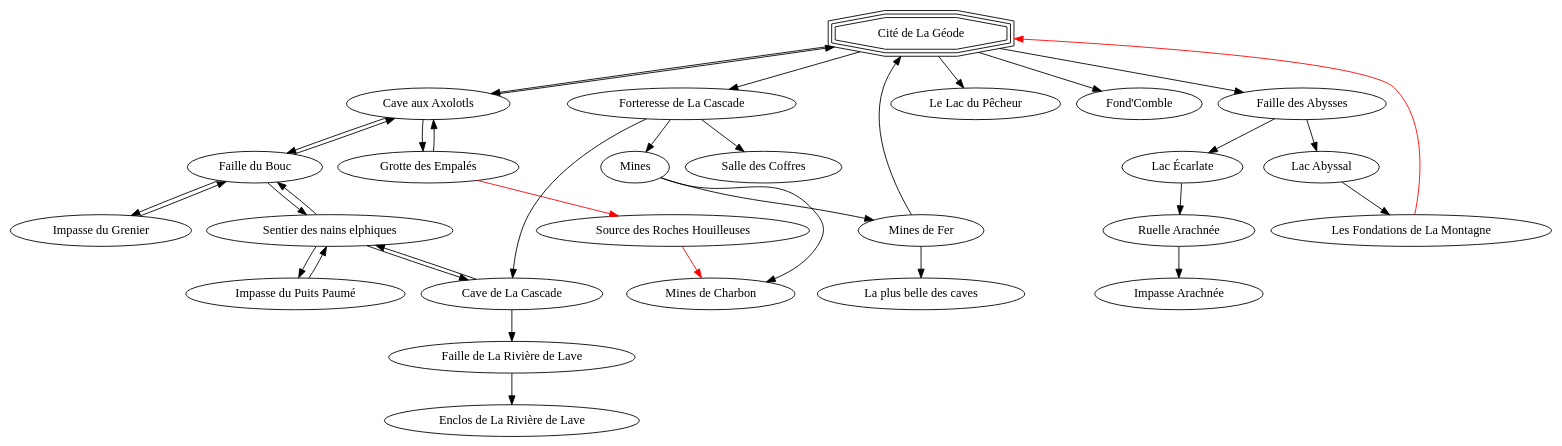
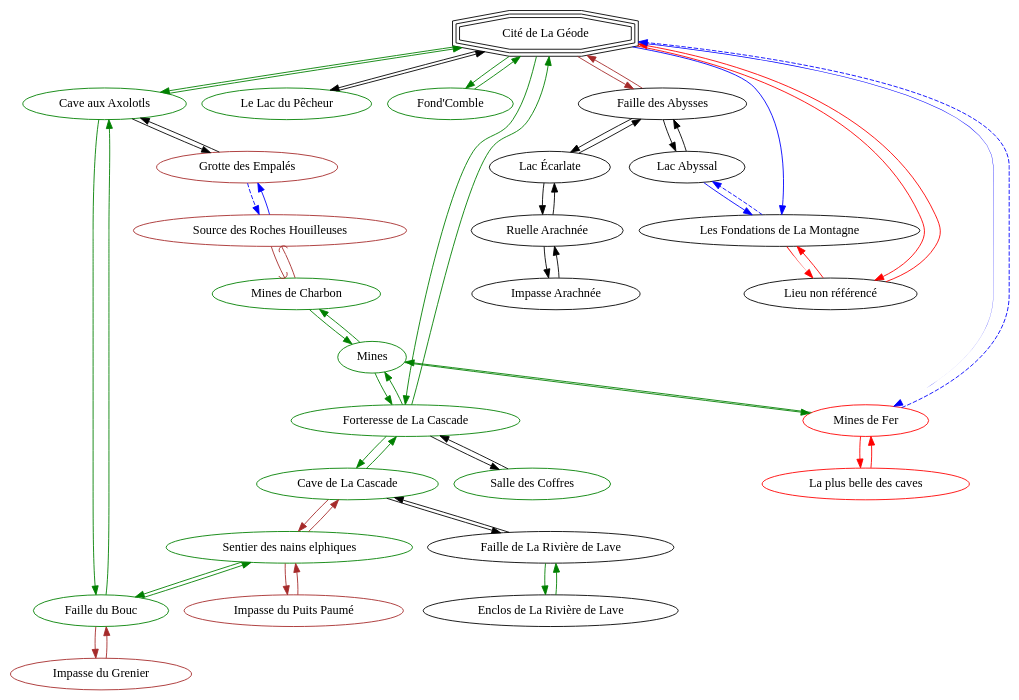
One commit to ChampomyMC/graphe changed the diagram in src/oriente-cite.dot. Above: the diagram before and after it, drawn with Graphviz.

Commit message:
Checkpoint

```diff
--- a/src/oriente-cite.dot
+++ b/src/oriente-cite.dot
@@ -1,51 +1,118 @@
+//Légende
+//Noir = Pas besoin d'aménagement
+//Vert = Aménagé
+//Rouge = Technique, à aménager
+//Bleu = Chute d'eau en descente
+//Bleu en pointillés = Chute d'eau en montée
+//Maron = Technique, ne seras pas aménagé
+//Maron tête courbée vers le corps = Technique, demande de casser et placer des blocs
 digraph {
     overlap = false;
     "Cité de La Géode" [shape=tripleoctagon]
 
-    "Cave de La Cascade" -> "Sentier des nains elphiques"
-    "Sentier des nains elphiques" -> "Cave de La Cascade"
+    "Cave de La Cascade" [color=green]
+    "Cave de La Cascade" -> "Sentier des nains elphiques" [color=brown]
+    "Sentier des nains elphiques" -> "Cave de La Cascade" [color=brown]
+    "Sentier des nains elphiques" [color=green]
 
-    "Sentier des nains elphiques" -> "Impasse du Puits Paumé"
-    "Impasse du Puits Paumé" -> "Sentier des nains elphiques"
+    "Impasse du Puits Paumé" [color=brown]
+    "Sentier des nains elphiques" -> "Impasse du Puits Paumé" [color=brown]
+    "Impasse du Puits Paumé" -> "Sentier des nains elphiques" [color=brown]
 
-    "Sentier des nains elphiques" -> "Faille du Bouc"
-    "Faille du Bouc" -> "Sentier des nains elphiques"
+    "Sentier des nains elphiques" -> "Faille du Bouc" [color=green]
+    "Faille du Bouc" -> "Sentier des nains elphiques" [color=green]
+    "Faille du Bouc" [color=green]
 
-    "Faille du Bouc" -> "Impasse du Grenier"
-    "Impasse du Grenier" -> "Faille du Bouc"
+    "Faille du Bouc" -> "Impasse du Grenier" [color=brown]
+    "Impasse du Grenier" -> "Faille du Bouc" [color=brown]
+    "Impasse du Grenier" [color=brown]
 
-    "Faille du Bouc" -> "Cave aux Axolotls"
-    "Cave aux Axolotls" -> "Faille du Bouc"
-    //"Cave aux Axolotls" -> "Faille du Bouc"
+    "Faille du Bouc" -> "Cave aux Axolotls" [color=green]
+    "Cave aux Axolotls" -> "Faille du Bouc" [color=green]
+    //"Cave aux Axolotls" -> "Faille du Bouc" [color=brown]
+    "Cave aux Axolotls" [color=green]
 
-    "Cave aux Axolotls" -> "Cité de La Géode"
-    "Cité de La Géode" -> "Cave aux Axolotls"
+    "Cave aux Axolotls" -> "Cité de La Géode" [color=green]
+    "Cité de La Géode" -> "Cave aux Axolotls" [color=green]
 
     "Cave aux Axolotls" -> "Grotte des Empalés"
     "Grotte des Empalés" -> "Cave aux Axolotls"
+    "Grotte des Empalés" [color=brown]
 
     "Cité de La Géode" -> "Le Lac du Pêcheur"
-    "Cité de La Géode" -> "Fond'Comble"
-    "Cité de La Géode" -> "Forteresse de La Cascade"
-    "Mines"
+    "Le Lac du Pêcheur" -> "Cité de La Géode"
+    "Le Lac du Pêcheur" [color=green]
+
+    "Cité de La Géode" -> "Fond'Comble" [color=green]
+    "Fond'Comble" -> "Cité de La Géode" [color=green]
+    "Fond'Comble" [color=green]
+
+    "Cité de La Géode" -> "Forteresse de La Cascade" [color=green]
+    "Forteresse de La Cascade" -> "Cité de La Géode" [color=green]
+    "Forteresse de La Cascade" [color=green]
+
     "Forteresse de La Cascade" -> "Salle des Coffres"
-    "Forteresse de La Cascade" -> "Mines"
-    "Forteresse de La Cascade" -> "Cave de La Cascade"
+    "Salle des Coffres" -> "Forteresse de La Cascade"
+    "Salle des Coffres" [color=green]
+
+    "Forteresse de La Cascade" -> "Mines" [color=green]
+    "Mines" -> "Forteresse de La Cascade" [color=green]
+    "Mines" [color=green]
+
+    "Forteresse de La Cascade" -> "Cave de La Cascade" [color=green]
+    "Cave de La Cascade" -> "Forteresse de La Cascade" [color=green]
+
     "Cave de La Cascade" -> "Faille de La Rivière de Lave"
-    "Faille de La Rivière de Lave" -> "Enclos de La Rivière de Lave"
+    "Faille de La Rivière de Lave" -> "Cave de La Cascade"
+
+    "Faille de La Rivière de Lave" -> "Enclos de La Rivière de Lave" [color=green]
+    "Enclos de La Rivière de Lave" -> "Faille de La Rivière de Lave" [color=green]
     
-    "Cité de La Géode" -> "Faille des Abysses"
+    "Cité de La Géode" -> "Faille des Abysses" [color=brown]
+    "Faille des Abysses" -> "Cité de La Géode" [color=brown]
+    "Faille des Abysses"
+
     "Faille des Abysses" -> "Lac Écarlate"
+    "Lac Écarlate" -> "Faille des Abysses"
+
     "Lac Écarlate" -> "Ruelle Arachnée"
+    "Ruelle Arachnée" -> "Lac Écarlate"
+
     "Ruelle Arachnée" -> "Impasse Arachnée"
+    "Impasse Arachnée" -> "Ruelle Arachnée"
     
     "Faille des Abysses" -> "Lac Abyssal"
-    "Lac Abyssal" -> "Les Fondations de La Montagne"
-    "Les Fondations de La Montagne" -> "Cité de La Géode" [color=red]
-    "Grotte des Empalés" -> "Source des Roches Houilleuses" [color=red]
-    "Source des Roches Houilleuses" -> "Mines de Charbon" [color=red]
-    "Mines" -> "Mines de Charbon"
-    "Mines" -> "Mines de Fer"
-    "Mines de Fer" -> "La plus belle des caves"
-    "Mines de Fer" -> "Cité de La Géode"
+    "Lac Abyssal" -> "Faille des Abysses"
+
+    "Lac Abyssal" -> "Les Fondations de La Montagne"[color=blue]
+    "Les Fondations de La Montagne" -> "Lac Abyssal" [color=blue style=dashed]
+
+    "Les Fondations de La Montagne" -> "Lieu non référencé" [color=red style=tapered]
+    "Lieu non référencé" -> "Cité de La Géode" [color=red]
+    "Cité de La Géode" -> "Lieu non référencé" [color=red]
+    "Lieu non référencé" -> "Les Fondations de La Montagne" [color = red]
+
+    "Cité de La Géode" -> "Les Fondations de La Montagne" [color = blue]
+
+    "Source des Roches Houilleuses" [color=brown]
+    "Source des Roches Houilleuses" -> "Grotte des Empalés" [color=blue]
+    "Grotte des Empalés" -> "Source des Roches Houilleuses" [color=blue style=dashed]
+
+    "Source des Roches Houilleuses" -> "Mines de Charbon" [color=brown arrowhead=curve]
+    "Mines de Charbon" -> "Source des Roches Houilleuses" [color=brown arrowhead=curve]
+
+    "Mines" -> "Mines de Charbon" [color=green]
+    "Mines de Charbon" -> "Mines" [color=green]
+    "Mines de Charbon" [color=green]
+
+    "Mines" -> "Mines de Fer" [color=green]
+    "Mines de Fer" -> "Mines" [color=green]
+    "Mines de Fer" [color=red]
+
+    "Mines de Fer" -> "La plus belle des caves" [color=red]
+    "La plus belle des caves" -> "Mines de Fer" [color=red]
+    "La plus belle des caves" [color=red]
+
+    "Mines de Fer" -> "Cité de La Géode" [color=blue style=dashed]
+    "Cité de La Géode" -> "Mines de Fer" [color=blue style=tapered]
 }
```
